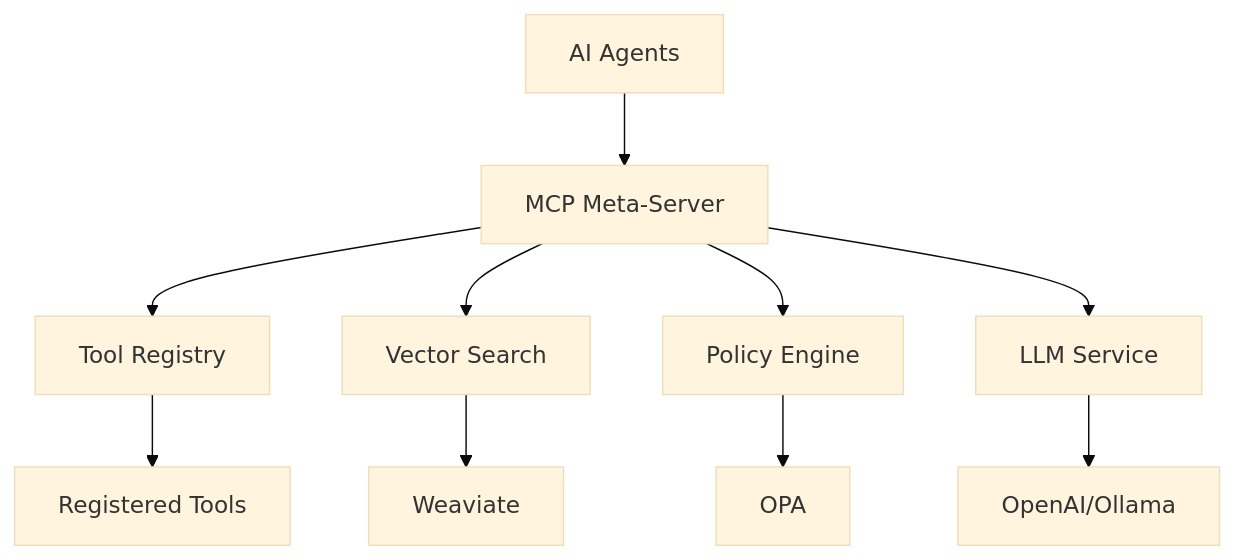
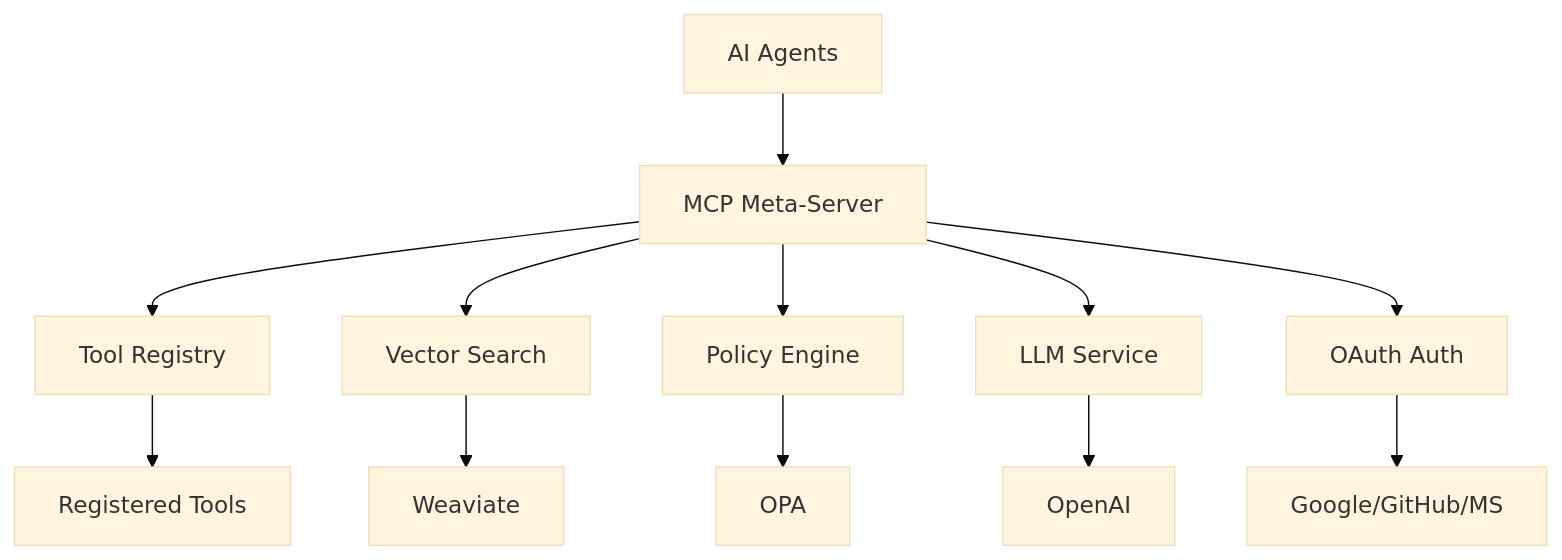
The diagram in docs/index.md (ConvoSphere/MetaMCP), drawn with Mermaid (base theme) before and after one commit. The commit also changed other lines of this file and 5 other files, not shown here.

````diff
--- a/docs/index.md
+++ b/docs/index.md
@@ -30,12 +33,14 @@
 ```mermaid
 graph TB
     A[AI Agents] --> B[MCP Meta-Server]
     B --> C[Tool Registry]
     B --> D[Vector Search]
     B --> E[Policy Engine]
     B --> F[LLM Service]
     C --> G[Registered Tools]
     D --> H[Weaviate]
     E --> I[OPA]
-    F --> J[OpenAI/Ollama]
+    F --> J[OpenAI]
+    B --> K[OAuth Auth]
+    K --> L[Google/GitHub/MS]
 ```
````
